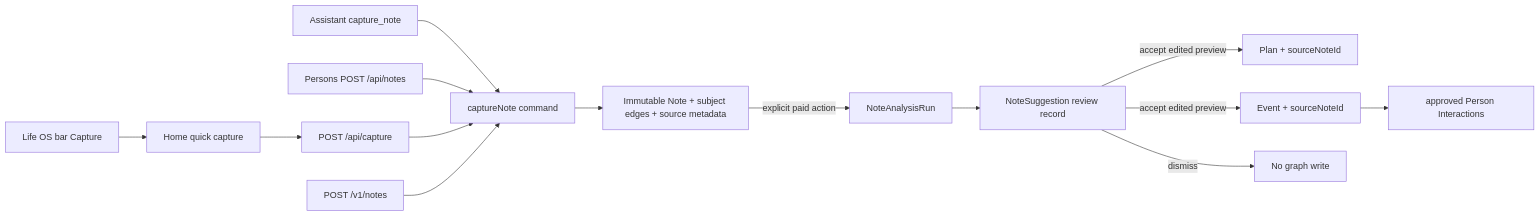
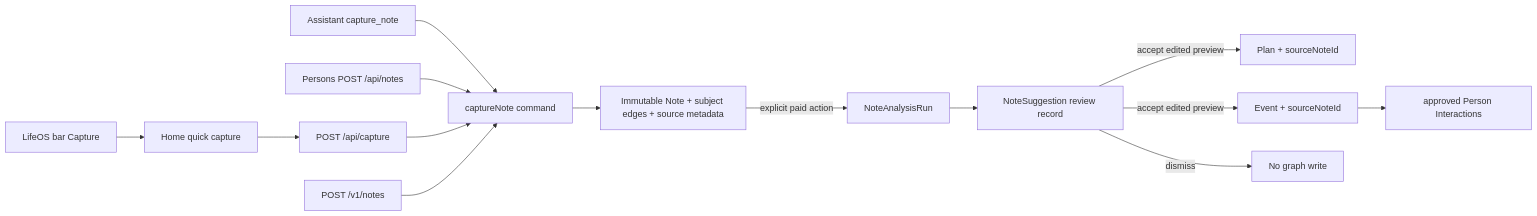
Before and after one commit to josephdfryer/life-os: the third of 4 diagrams in docs/LIFE_OS_APP_ARCHITECTURE.md, drawn with Mermaid. The commit also changed other lines of this file and 72 other files, not shown here.

````diff
--- a/docs/LIFE_OS_APP_ARCHITECTURE.md
+++ b/docs/LIFE_OS_APP_ARCHITECTURE.md
@@ -97,16 +97,16 @@
 ```mermaid
 flowchart LR
-  Bar["Life OS bar Capture"] --> HomeCapture["Home quick capture"]
+  Bar["LifeOS bar Capture"] --> HomeCapture["Home quick capture"]
   HomeCapture --> HomeAPI["POST /api/capture"]
   AssistantCapture["Assistant capture_note"] --> Command["captureNote command"]
   PersonsCapture["Persons POST /api/notes"] --> Command
   HomeAPI --> Command
   CanonicalAPI["POST /v1/notes"] --> Command
   Command --> Note["Immutable Note + subject edges + source metadata"]
   Note -->|explicit paid action| Run["NoteAnalysisRun"]
   Run --> Suggestion["NoteSuggestion review record"]
   Suggestion -->|accept edited preview| Plan["Plan + sourceNoteId"]
   Suggestion -->|accept edited preview| Event["Event + sourceNoteId"]
   Event --> Interaction["approved Person Interactions"]
   Suggestion -->|dismiss| Nothing["No graph write"]
 ```
````
